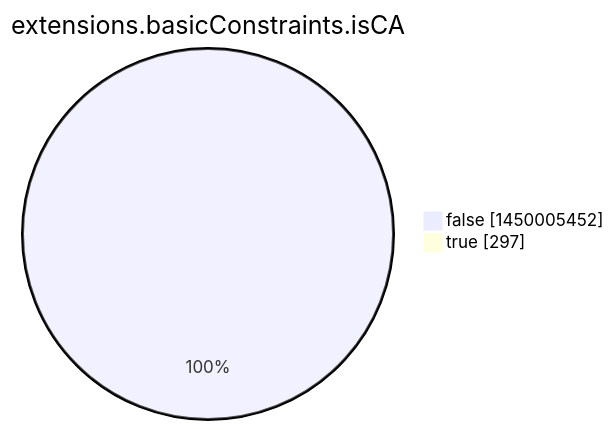
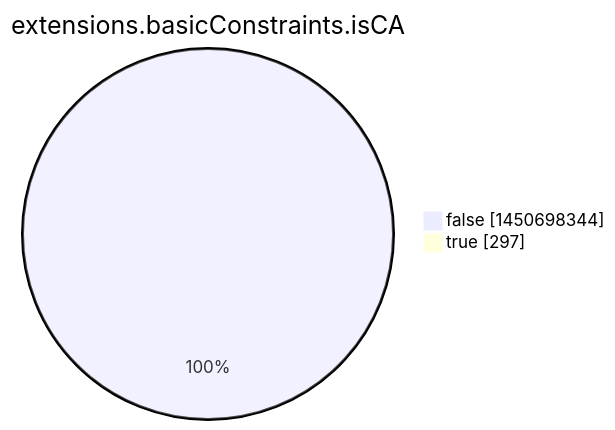
Before and after one commit to christiankrug/ctmonitor_visualization: the eighth of 15 diagrams in argon2022/README.md, drawn with Mermaid. The commit also changed other lines of this file, not shown here.

````diff
--- a/argon2022/README.md
+++ b/argon2022/README.md
@@ -2760,6 +2760,6 @@
 ```mermaid
 pie showData
 title extensions.basicConstraints.isCA
-"false" :1450005452
+"false" :1450698344
 "true" :297
 ```
````
